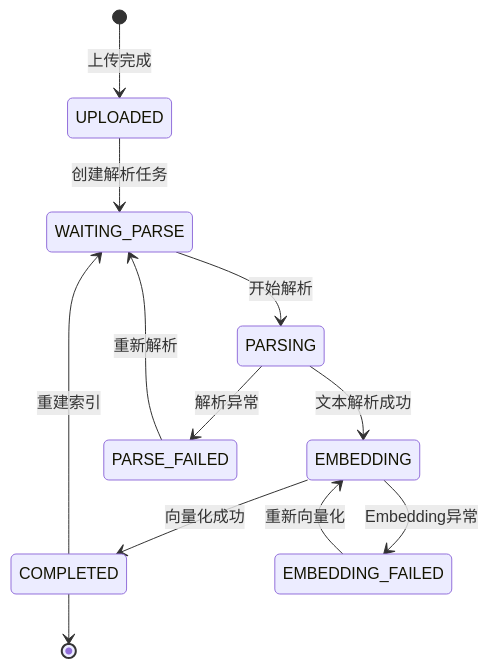
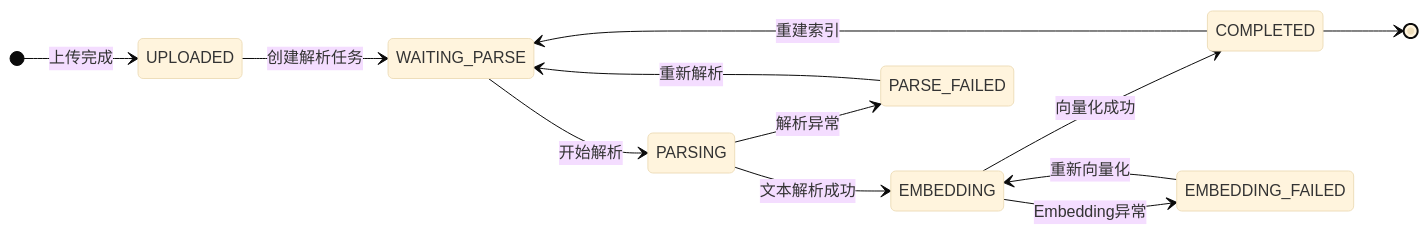
One commit to YJsnz/Agent changed diagram 20 of 22 in readme.md. Above: the diagram before and after it, drawn with Mermaid. The commit also changed other lines of this file, not shown here.

````diff
--- a/readme.md
+++ b/readme.md
@@ -1543,18 +1584,20 @@
 ```mermaid
+%%{init: {"theme":"base","themeVariables":{"fontFamily":"Microsoft YaHei, Arial, sans-serif"},"state":{"useMaxWidth":false}}}%%
 stateDiagram-v2
+    direction LR
     [*] --> UPLOADED : 上传完成
     UPLOADED --> WAITING_PARSE : 创建解析任务
     WAITING_PARSE --> PARSING : 开始解析
 
     PARSING --> EMBEDDING : 文本解析成功
     PARSING --> PARSE_FAILED : 解析异常
 
     EMBEDDING --> COMPLETED : 向量化成功
     EMBEDDING --> EMBEDDING_FAILED : Embedding异常
 
     PARSE_FAILED --> WAITING_PARSE : 重新解析
     EMBEDDING_FAILED --> EMBEDDING : 重新向量化
 
     COMPLETED --> WAITING_PARSE : 重建索引
     COMPLETED --> [*]
 ```
````
